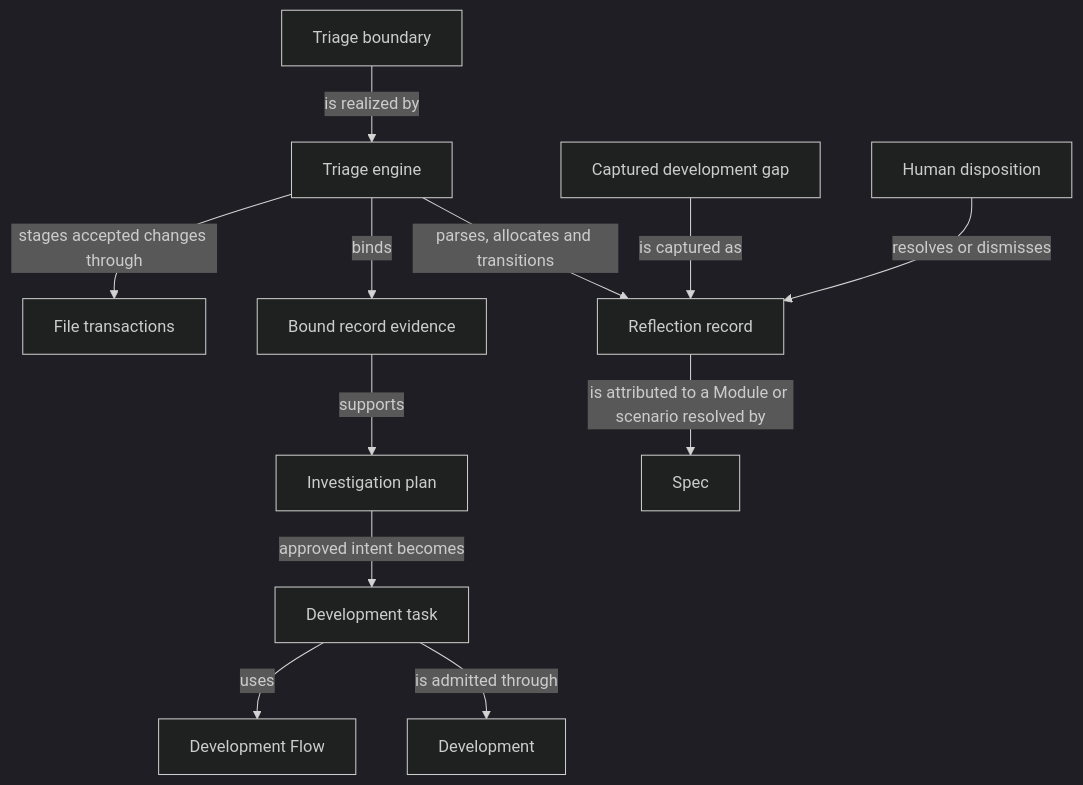
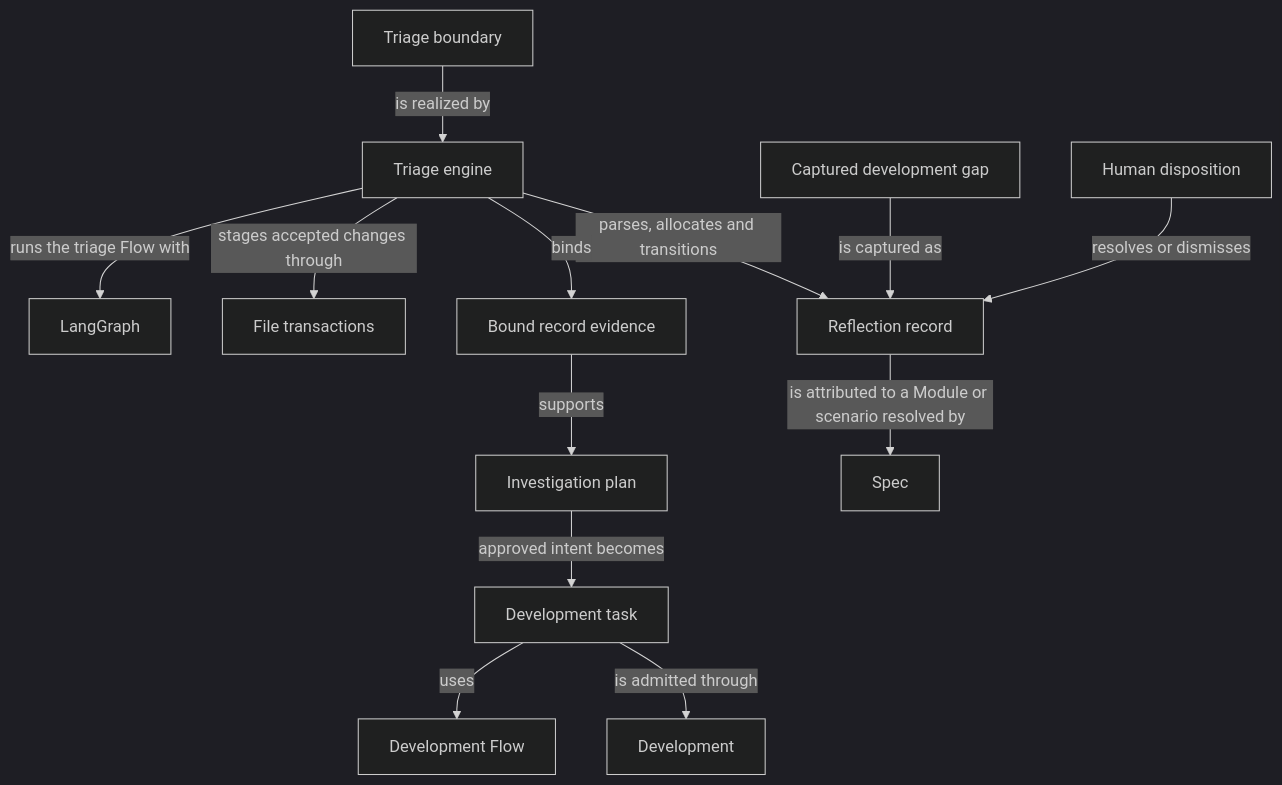
One commit to FTOD/concorde changed the diagram in specs/concorde/reflections/module.md. Above: the diagram before and after it, drawn with Mermaid (dark theme). The commit also changed other lines of this file and 98 other files, not shown here.

````diff
--- a/specs/concorde/reflections/module.md
+++ b/specs/concorde/reflections/module.md
@@ -202,28 +211,30 @@
 ```mermaid
 flowchart TB
     accTitle: Reflections entities and relationships
     accDescr: The triage boundary is realized by the triage engine, which parses and transitions Reflection records, binds selected evidence for investigation, and stages accepted changes through File transactions. A captured development gap becomes a Reflection record whose Module or scenario attribution is resolved by Spec. Bound record evidence supports an investigation plan; an approved plan becomes a development task that runs through Development. A human disposition independently resolves or dismisses the record.
     triageBoundary["Triage boundary"]
     triageEngine["Triage engine"]
     record["Reflection record"]
     gap["Captured development gap"]
     evidence["Bound record evidence"]
     plan["Investigation plan"]
     task["Development task"]
     disposition["Human disposition"]
     spec["Spec"]
     development["Development"]
     fileTransactions["File transactions"]
     triageBoundary -->|is realized by| triageEngine
     gap -->|is captured as| record
     triageEngine -->|parses, allocates and transitions| record
     record -->|is attributed to a Module or scenario resolved by| spec
     triageEngine -->|binds| evidence
     evidence -->|supports| plan
     plan -->|approved intent becomes| task
     task -->|is admitted through| development
     disposition -->|resolves or dismisses| record
     triageEngine -->|stages accepted changes through| fileTransactions
     module_dev_loop["Development Flow"]
     task -->|uses| module_dev_loop
+    langgraph["LangGraph"]
+    triageEngine -->|runs the triage Flow with| langgraph
 ```
````
